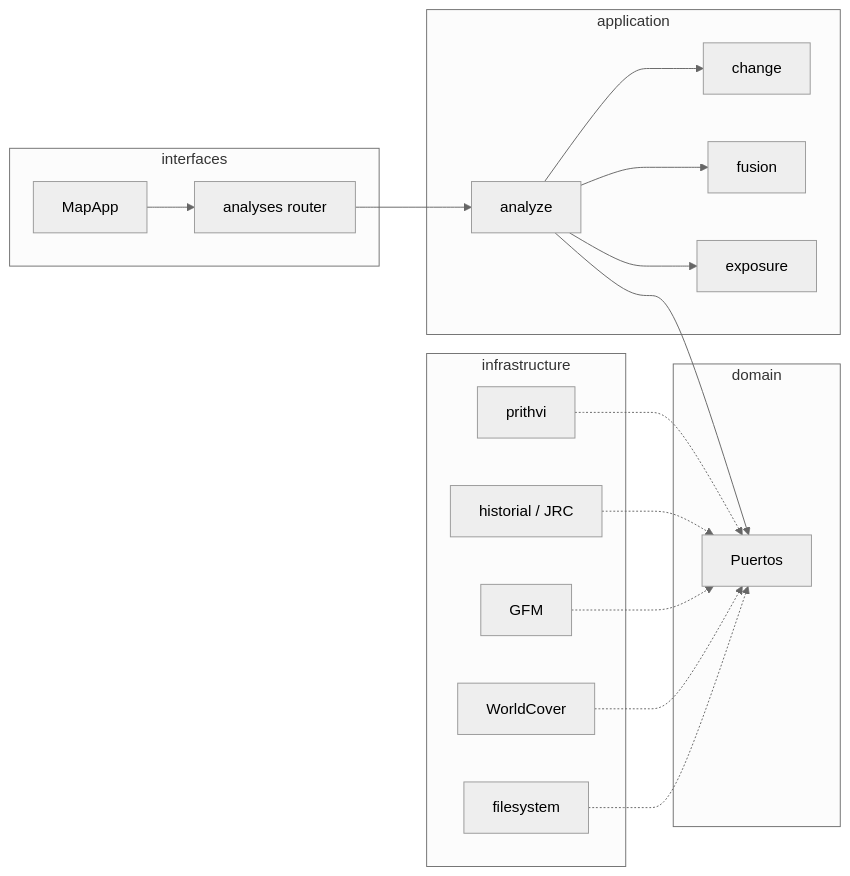
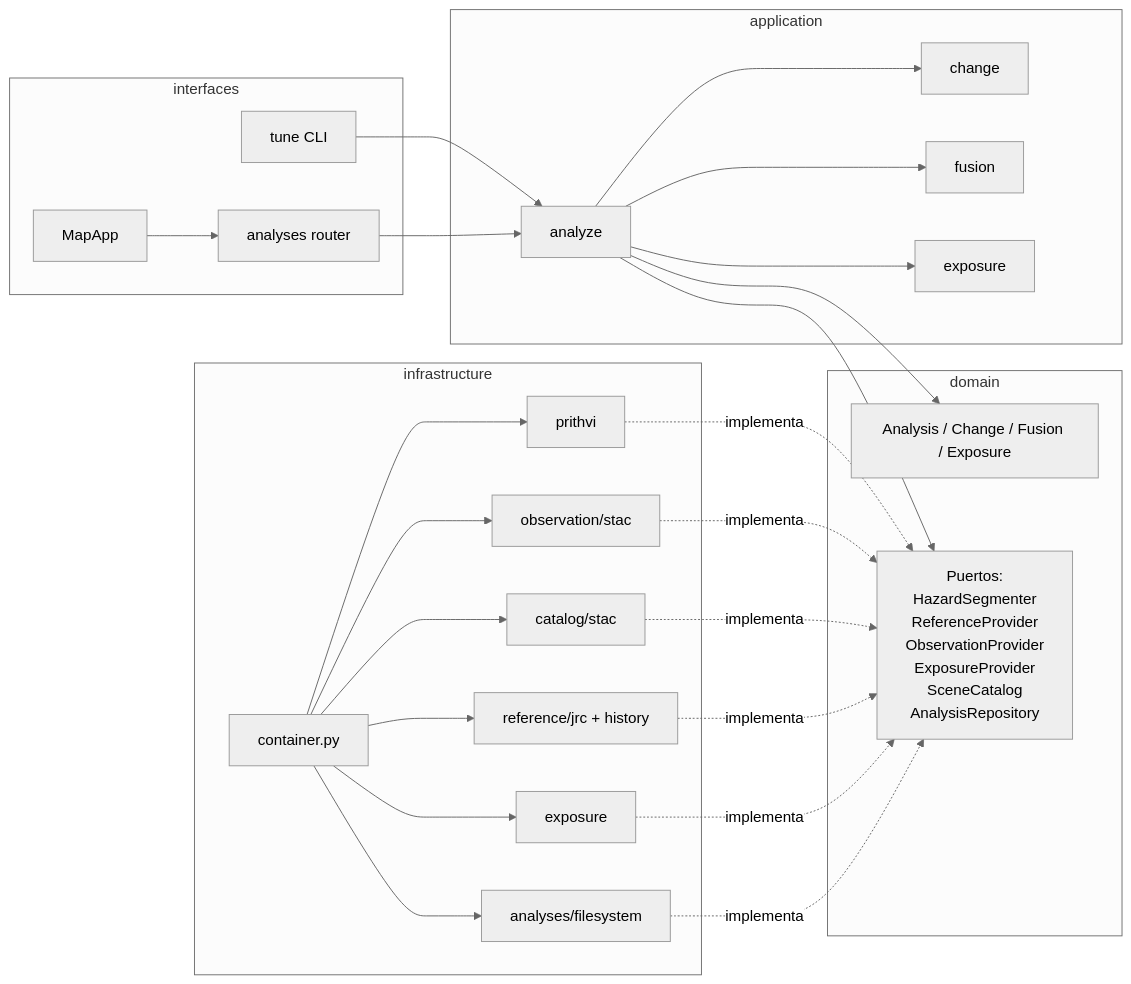
One commit to Charlsz/Tune changed the second of 6 diagrams in docs/InformeFinal.md. Above: the diagram before and after it, drawn with Mermaid (neutral theme). The commit also changed other lines of this file, not shown here.

Commit message:
Align final-report architecture diagrams with source Mermaid files.

````diff
--- a/docs/InformeFinal.md
+++ b/docs/InformeFinal.md
@@ -153,33 +174,51 @@
 ```mermaid
 flowchart LR
   subgraph interfaces
     WEB[MapApp]
     API[analyses router]
+    CLI[tune CLI]
   end
+
   subgraph application
     AN[analyze]
     CH[change]
     FU[fusion]
     EX[exposure]
   end
+
   subgraph domain
-    PORTS[Puertos]
+    ENT[Analysis / Change / Fusion / Exposure]
+    PORTS["Puertos:<br/>HazardSegmenter<br/>ReferenceProvider<br/>ObservationProvider<br/>ExposureProvider<br/>SceneCatalog<br/>AnalysisRepository"]
   end
+
   subgraph infrastructure
     PR[prithvi]
-    JRC[historial / JRC]
-    OBS[GFM]
-    WC[WorldCover]
-    FS[filesystem]
+    STAC_O[observation/stac]
+    STAC_C[catalog/stac]
+    JRC[reference/jrc + history]
+    WC[exposure]
+    FS[analyses/filesystem]
+    CTR[container.py]
   end
-  WEB --> API --> AN
+
+  WEB --> API
+  CLI --> AN
+  API --> AN
   AN --> CH
   AN --> FU
   AN --> EX
+  AN --> ENT
   AN --> PORTS
-  PR -.-> PORTS
-  JRC -.-> PORTS
-  OBS -.-> PORTS
-  WC -.-> PORTS
-  FS -.-> PORTS
+  CTR --> PR
+  CTR --> STAC_O
+  CTR --> STAC_C
+  CTR --> JRC
+  CTR --> WC
+  CTR --> FS
+  PR -.->|implementa| PORTS
+  STAC_O -.->|implementa| PORTS
+  STAC_C -.->|implementa| PORTS
+  JRC -.->|implementa| PORTS
+  WC -.->|implementa| PORTS
+  FS -.->|implementa| PORTS
 ```
````
